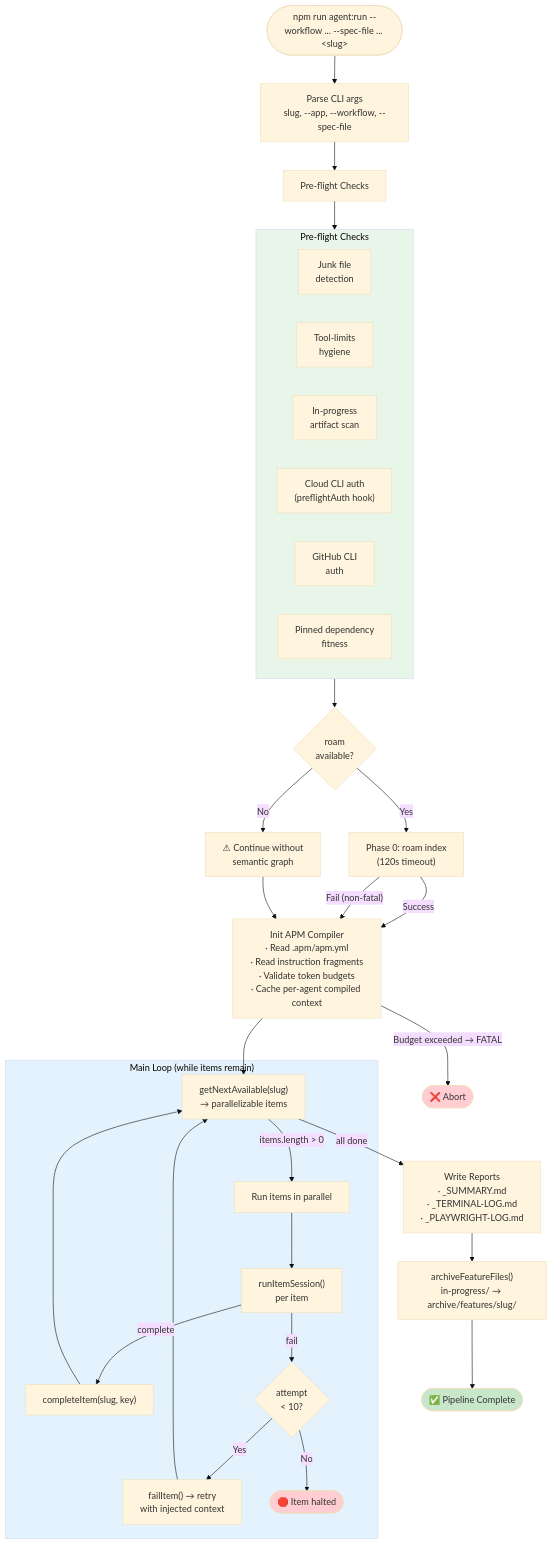
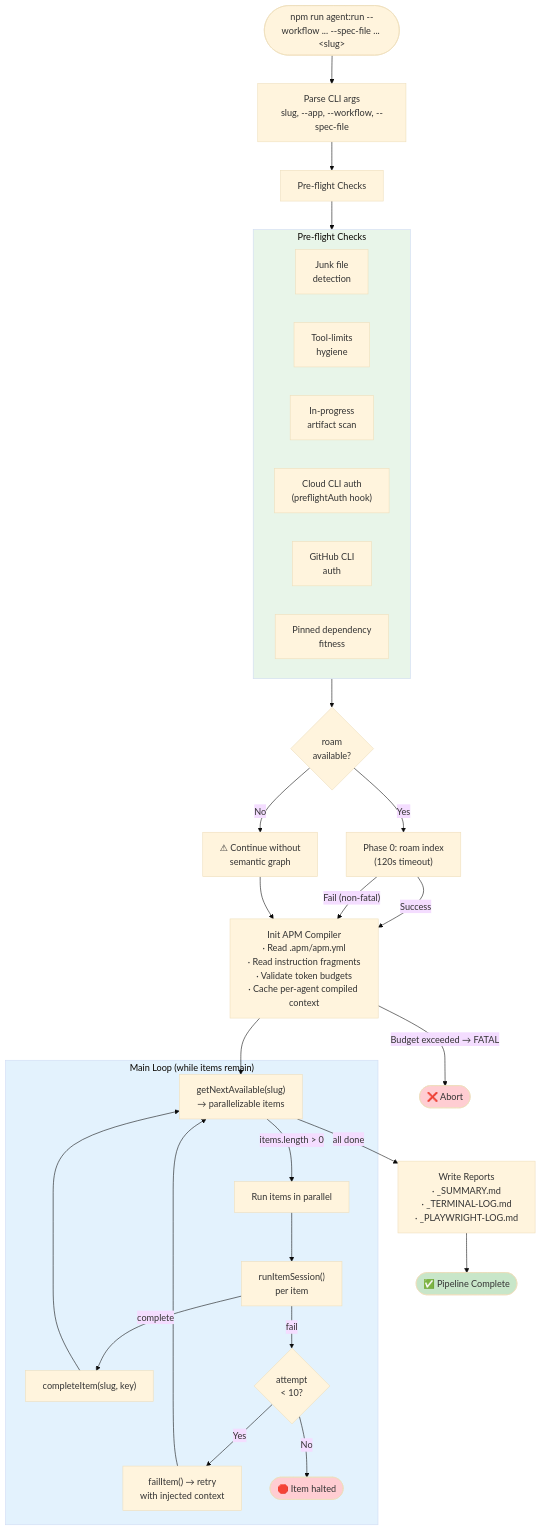
One commit to RomanKaliupinMelonusa/DAGent-t changed the first of 5 diagrams in tools/autonomous-factory/docs/01-watchdog.md. Above: the diagram before and after it, drawn with Mermaid (base theme). The commit also changed other lines of this file and 424 other files, not shown here.

````diff
--- a/tools/autonomous-factory/docs/01-watchdog.md
+++ b/tools/autonomous-factory/docs/01-watchdog.md
@@ -23,51 +23,50 @@
 ```mermaid
 flowchart TD
     START(["npm run agent:run --workflow ... --spec-file ... &lt;slug&gt;"])
 
     START --> PARSE["Parse CLI args\nslug, --app, --workflow, --spec-file"]
     PARSE --> PREFLIGHT["Pre-flight Checks"]
 
     subgraph PF["Pre-flight Checks"]
         direction LR
         PF1["Junk file\ndetection"]
         PF2["Tool-limits\nhygiene"]
         PF3["In-progress\nartifact scan"]
         PF4["Cloud CLI auth\n(preflightAuth hook)"]
         PF5["GitHub CLI\nauth"]
         PF6["Pinned dependency\nfitness"]
     end
     PREFLIGHT --> PF
 
     PF --> ROAM{"roam\navailable?"}
     ROAM -->|"Yes"| INDEX["Phase 0: roam index\n(120s timeout)"]
     ROAM -->|"No"| WARN["⚠ Continue without\nsemantic graph"]
     INDEX -->|"Success"| ASSEMBLER
     INDEX -->|"Fail (non-fatal)"| ASSEMBLER
     WARN --> ASSEMBLER
 
     ASSEMBLER["Init APM Compiler\n· Read .apm/apm.yml\n· Read instruction fragments\n· Validate token budgets\n· Cache per-agent compiled context"]
     ASSEMBLER -->|"Budget exceeded → FATAL"| ABORT(["❌ Abort"])
     ASSEMBLER --> LOOP
 
     subgraph MAIN_LOOP["Main Loop (while items remain)"]
         LOOP["getNextAvailable(slug)\n→ parallelizable items"]
         LOOP -->|"items.length > 0"| PARALLEL["Run items in parallel"]
         PARALLEL --> SESSION["runItemSession()\nper item"]
         SESSION -->|"complete"| ADVANCE["completeItem(slug, key)"]
         SESSION -->|"fail"| FAIL_CHECK{"attempt\n< 10?"}
         FAIL_CHECK -->|"Yes"| RETRY["failItem() → retry\nwith injected context"]
         FAIL_CHECK -->|"No"| HALT(["🛑 Item halted"])
         ADVANCE --> LOOP
         RETRY --> LOOP
     end
 
     LOOP -->|"all done"| REPORTS["Write Reports\n· _SUMMARY.md\n· _TERMINAL-LOG.md\n· _PLAYWRIGHT-LOG.md"]
-    REPORTS --> ARCHIVE["archiveFeatureFiles()\nin-progress/ → archive/features/slug/"]
-    ARCHIVE --> DONE(["✅ Pipeline Complete"])
+    REPORTS --> DONE(["✅ Pipeline Complete"])
 
     style PF fill:#e8f5e9
     style MAIN_LOOP fill:#e3f2fd
     style ABORT fill:#ffcdd2
     style HALT fill:#ffcdd2
     style DONE fill:#c8e6c9
 ```
````
